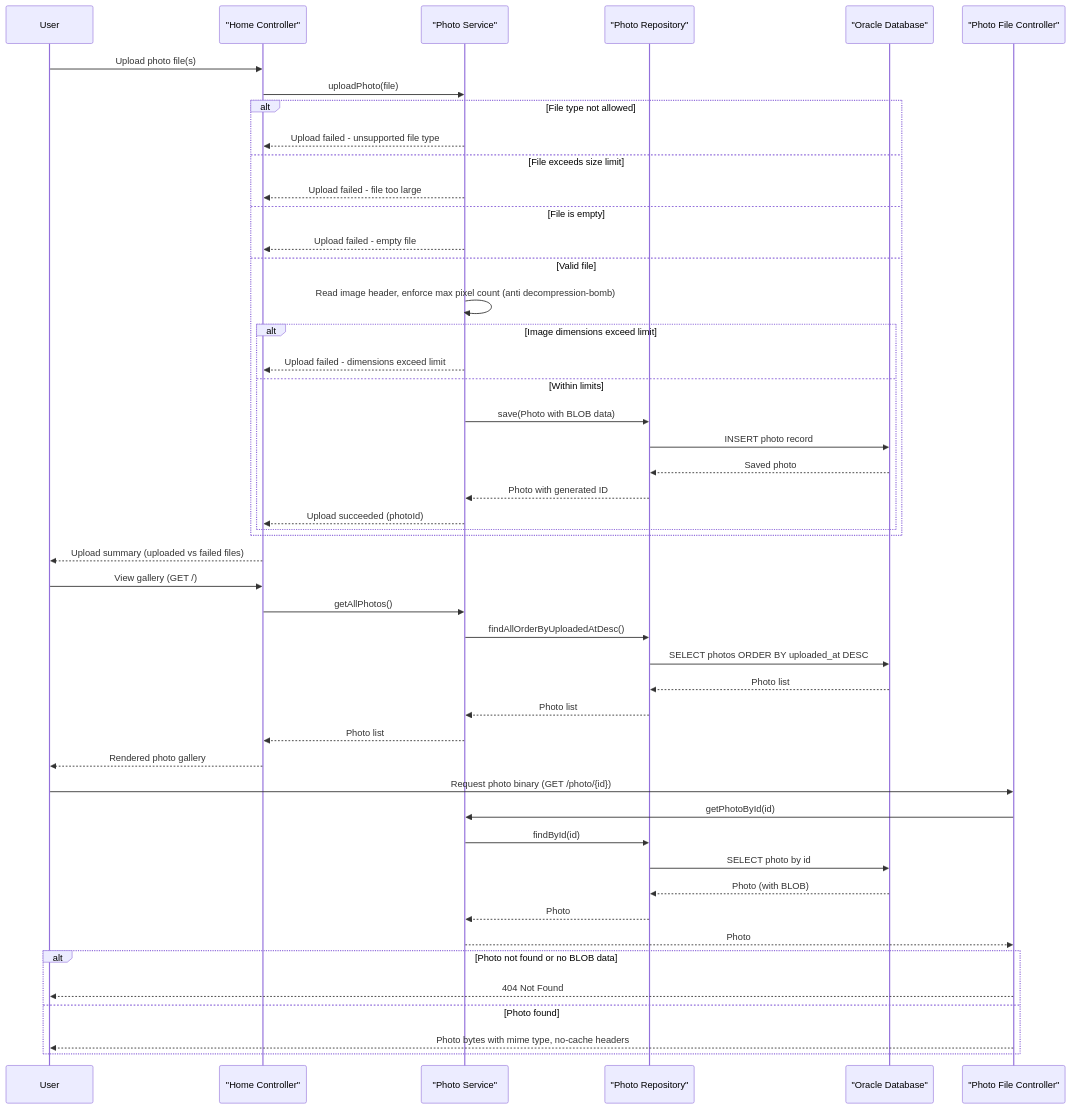
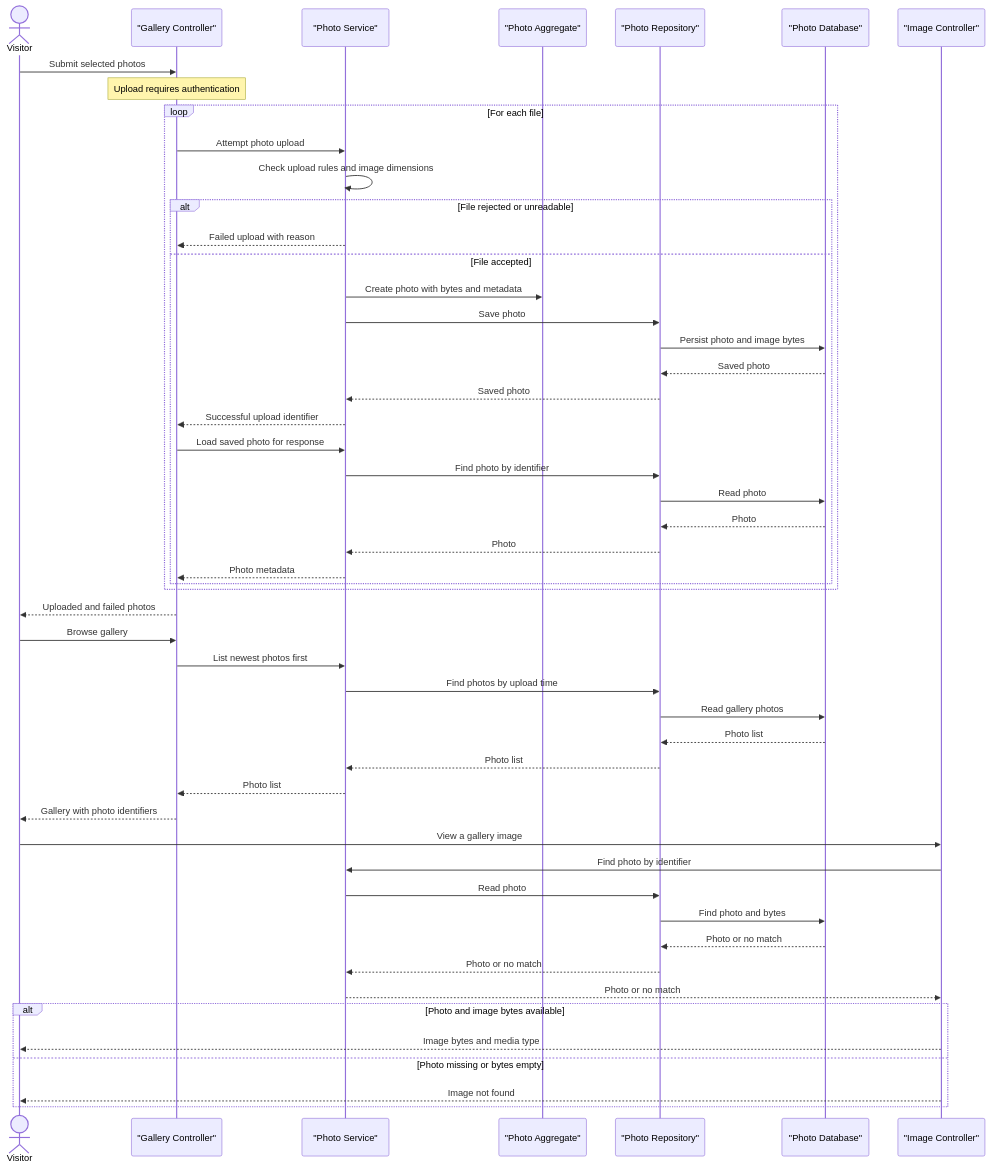
One commit to sofiedelaet001/PhotoAlbum-Java changed the diagram in .github/modernize/assessment/engines/facts/business-workflows.md. Above: the diagram before and after it, drawn with Mermaid. The commit also changed other lines of this file and 23 other files, not shown here.

````diff
--- a/.github/modernize/assessment/engines/facts/business-workflows.md
+++ b/.github/modernize/assessment/engines/facts/business-workflows.md
@@ -65,53 +45,54 @@
 ```mermaid
 sequenceDiagram
-    participant User
-    participant Home as "Home Controller"
+    actor Visitor
+    participant Home as "Gallery Controller"
     participant Svc as "Photo Service"
+    participant Photo as "Photo Aggregate"
     participant Repo as "Photo Repository"
-    participant DB as "Oracle Database"
-    participant FileCtl as "Photo File Controller"
+    participant DB as "Photo Database"
+    participant Image as "Image Controller"
 
-    User->>Home: Upload photo file(s)
-    Home->>Svc: uploadPhoto(file)
-    alt File type not allowed
-        Svc-->>Home: Upload failed - unsupported file type
-    else File exceeds size limit
-        Svc-->>Home: Upload failed - file too large
-    else File is empty
-        Svc-->>Home: Upload failed - empty file
-    else Valid file
-        Svc->>Svc: Read image header, enforce max pixel count (anti decompression-bomb)
-        alt Image dimensions exceed limit
-            Svc-->>Home: Upload failed - dimensions exceed limit
-        else Within limits
-            Svc->>Repo: save(Photo with BLOB data)
-            Repo->>DB: INSERT photo record
+    Visitor->>Home: Submit selected photos
+    Note over Home: Upload requires authentication
+    loop For each file
+        Home->>Svc: Attempt photo upload
+        Svc->>Svc: Check upload rules and image dimensions
+        alt File rejected or unreadable
+            Svc-->>Home: Failed upload with reason
+        else File accepted
+            Svc->>Photo: Create photo with bytes and metadata
+            Svc->>Repo: Save photo
+            Repo->>DB: Persist photo and image bytes
             DB-->>Repo: Saved photo
-            Repo-->>Svc: Photo with generated ID
-            Svc-->>Home: Upload succeeded (photoId)
+            Repo-->>Svc: Saved photo
+            Svc-->>Home: Successful upload identifier
+            Home->>Svc: Load saved photo for response
+            Svc->>Repo: Find photo by identifier
+            Repo->>DB: Read photo
+            DB-->>Repo: Photo
+            Repo-->>Svc: Photo
+            Svc-->>Home: Photo metadata
         end
     end
-    Home-->>User: Upload summary (uploaded vs failed files)
-
-    User->>Home: View gallery (GET /)
-    Home->>Svc: getAllPhotos()
-    Svc->>Repo: findAllOrderByUploadedAtDesc()
-    Repo->>DB: SELECT photos ORDER BY uploaded_at DESC
+    Home-->>Visitor: Uploaded and failed photos
+    Visitor->>Home: Browse gallery
+    Home->>Svc: List newest photos first
+    Svc->>Repo: Find photos by upload time
+    Repo->>DB: Read gallery photos
     DB-->>Repo: Photo list
     Repo-->>Svc: Photo list
     Svc-->>Home: Photo list
-    Home-->>User: Rendered photo gallery
-
-    User->>FileCtl: Request photo binary (GET /photo/{id})
-    FileCtl->>Svc: getPhotoById(id)
-    Svc->>Repo: findById(id)
-    Repo->>DB: SELECT photo by id
-    DB-->>Repo: Photo (with BLOB)
-    Repo-->>Svc: Photo
-    Svc-->>FileCtl: Photo
-    alt Photo not found or no BLOB data
-        FileCtl-->>User: 404 Not Found
-    else Photo found
-        FileCtl-->>User: Photo bytes with mime type, no-cache headers
+    Home-->>Visitor: Gallery with photo identifiers
+    Visitor->>Image: View a gallery image
+    Image->>Svc: Find photo by identifier
+    Svc->>Repo: Read photo
+    Repo->>DB: Find photo and bytes
+    DB-->>Repo: Photo or no match
+    Repo-->>Svc: Photo or no match
+    Svc-->>Image: Photo or no match
+    alt Photo and image bytes available
+        Image-->>Visitor: Image bytes and media type
+    else Photo missing or bytes empty
+        Image-->>Visitor: Image not found
     end
 ```
````
